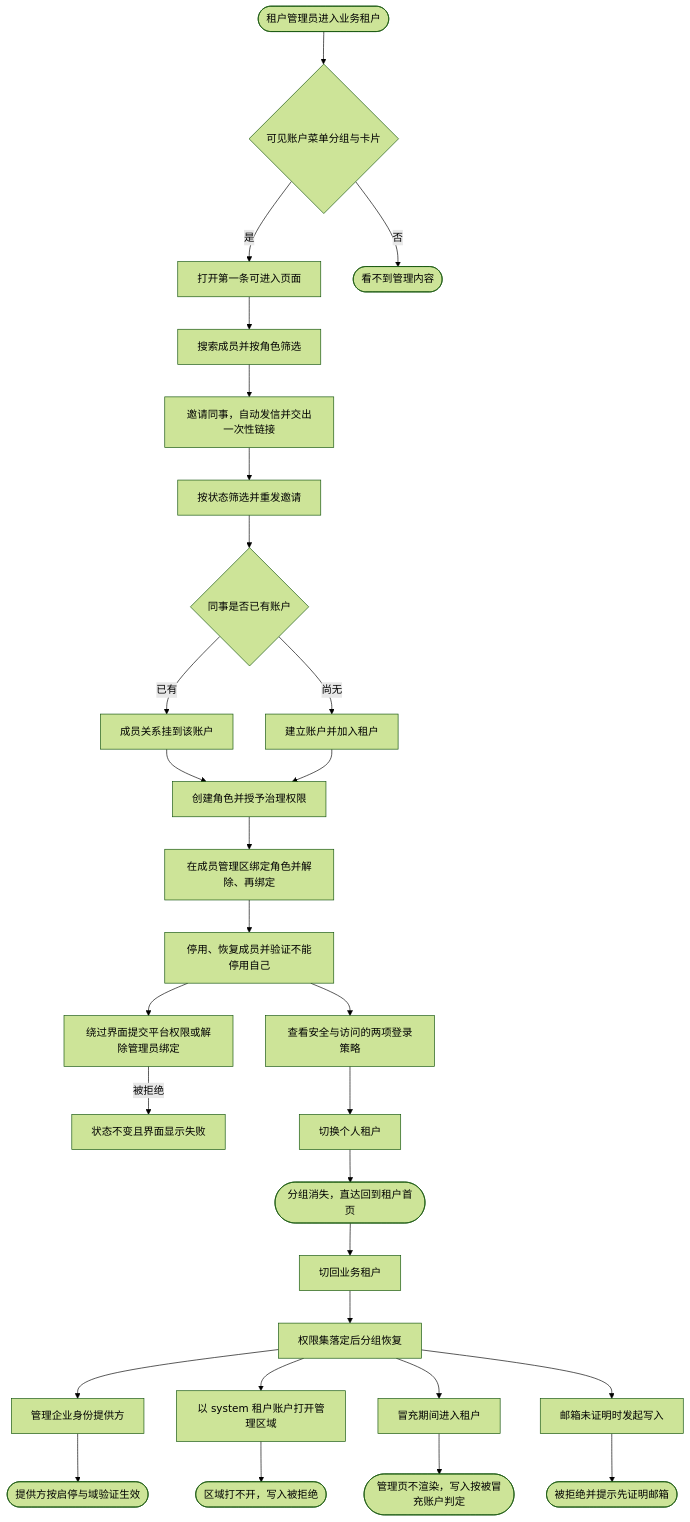
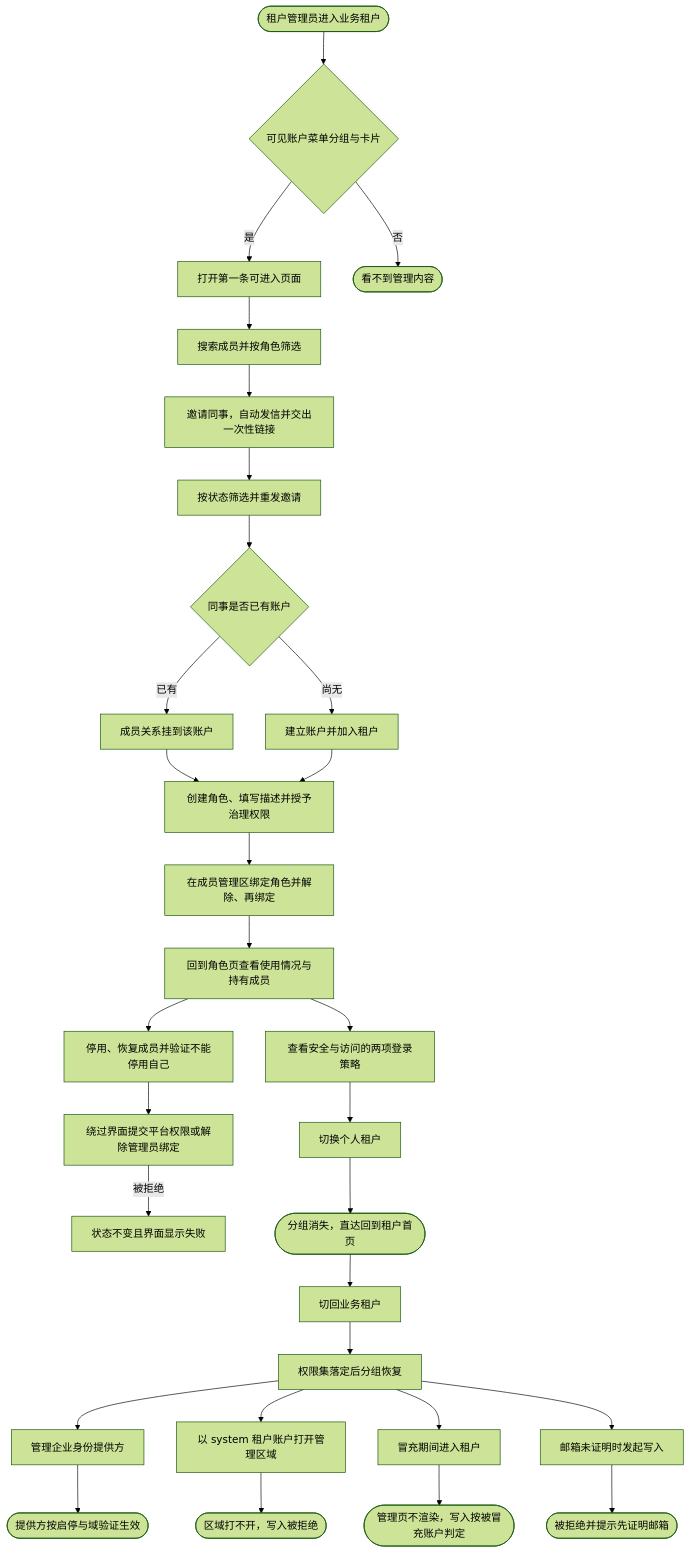
One commit to wangzw/speed changed the diagram in docs/prd/journeys/journey-tenant-admin.md. Above: the diagram before and after it, drawn with Mermaid (forest theme). The commit also changed other lines of this file and 8 other files, not shown here.

````diff
--- a/docs/prd/journeys/journey-tenant-admin.md
+++ b/docs/prd/journeys/journey-tenant-admin.md
@@ -85,31 +86,32 @@
 ```mermaid
 flowchart TD
     A([租户管理员进入业务租户]) --> B{可见账户菜单分组与卡片}
     B -->|是| C[打开第一条可进入页面]
     B -->|否| Z([看不到管理内容])
     C --> C1[搜索成员并按角色筛选]
     C1 --> D[邀请同事，自动发信并交出一次性链接]
     D --> D1[按状态筛选并重发邀请]
     D1 --> E{同事是否已有账户}
     E -->|已有| F[成员关系挂到该账户]
     E -->|尚无| G[建立账户并加入租户]
-    F --> H[创建角色并授予治理权限]
+    F --> H[创建角色、填写描述并授予治理权限]
     G --> H
     H --> I[在成员管理区绑定角色并解除、再绑定]
-    I --> I1[停用、恢复成员并验证不能停用自己]
-    I1 --> J[绕过界面提交平台权限或解除管理员绑定]
+    I --> I1[回到角色页查看使用情况与持有成员]
+    I1 --> I2[停用、恢复成员并验证不能停用自己]
+    I2 --> J[绕过界面提交平台权限或解除管理员绑定]
     J -->|被拒绝| K[状态不变且界面显示失败]
     I1 --> L[查看安全与访问的两项登录策略]
     L --> M[切换个人租户]
     M --> N([分组消失，直达回到租户首页])
     N --> O[切回业务租户]
     O --> P[权限集落定后分组恢复]
     P --> Q[管理企业身份提供方]
     Q --> R([提供方按启停与域验证生效])
     P --> S[以 system 租户账户打开管理区域]
     S --> T([区域打不开，写入被拒绝])
     P --> U[冒充期间进入租户]
     U --> V([管理页不渲染，写入按被冒充账户判定])
     P --> W[邮箱未证明时发起写入]
     W --> X([被拒绝并提示先证明邮箱])
 ```
````
